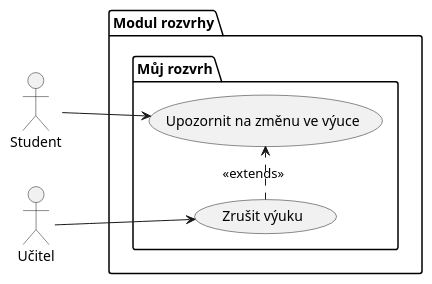
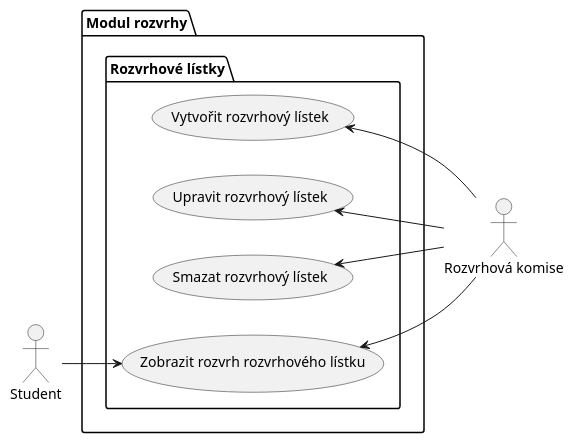
Before and after one commit to Cross-bit/NSWI041: the seventh of 9 diagrams in seminar-work-template.md, drawn with PlantUML. The commit also changed other lines of this file, not shown here.

````diff
--- a/seminar-work-template.md
+++ b/seminar-work-template.md
@@ -480,23 +453,25 @@
 ```plantuml
 @startuml
 left to right direction
 
-'======== Actors ========
+actor "Rozvrhová komise" as RK
 actor Student
-actor Učitel
 
-'======== Use Cases ========
 package "Modul rozvrhy" {
-  Package "Můj rozvrh"{
-    usecase "Zrušit výuku" as UCMR1
-    usecase "Upozornit na změnu ve výuce" as UCMR2
+  Package "Rozvrhové lístky" {
+    usecase "Vytvořit rozvrhový lístek" as UCP1
+    usecase "Upravit rozvrhový lístek" as UCP2
+    usecase "Smazat rozvrhový lístek" as UCP3
+    usecase "Zobrazit rozvrh rozvrhového lístku" as UCP4
   }
 }
 
-'======== Use case links ========
-Učitel --> UCMR1
-Student --> UCMR2
-UCMR1 .> UCMR2 : << extends >>
+UCP1 <-- RK
+UCP2 <-- RK
+UCP3 <-- RK
+UCP4 <-- RK
+
+Student --> UCP4
 
 @enduml
 ```
````
